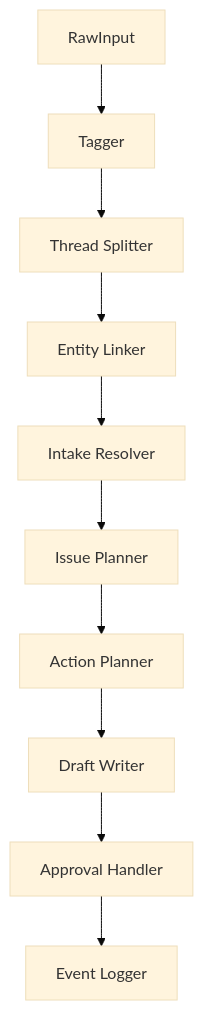
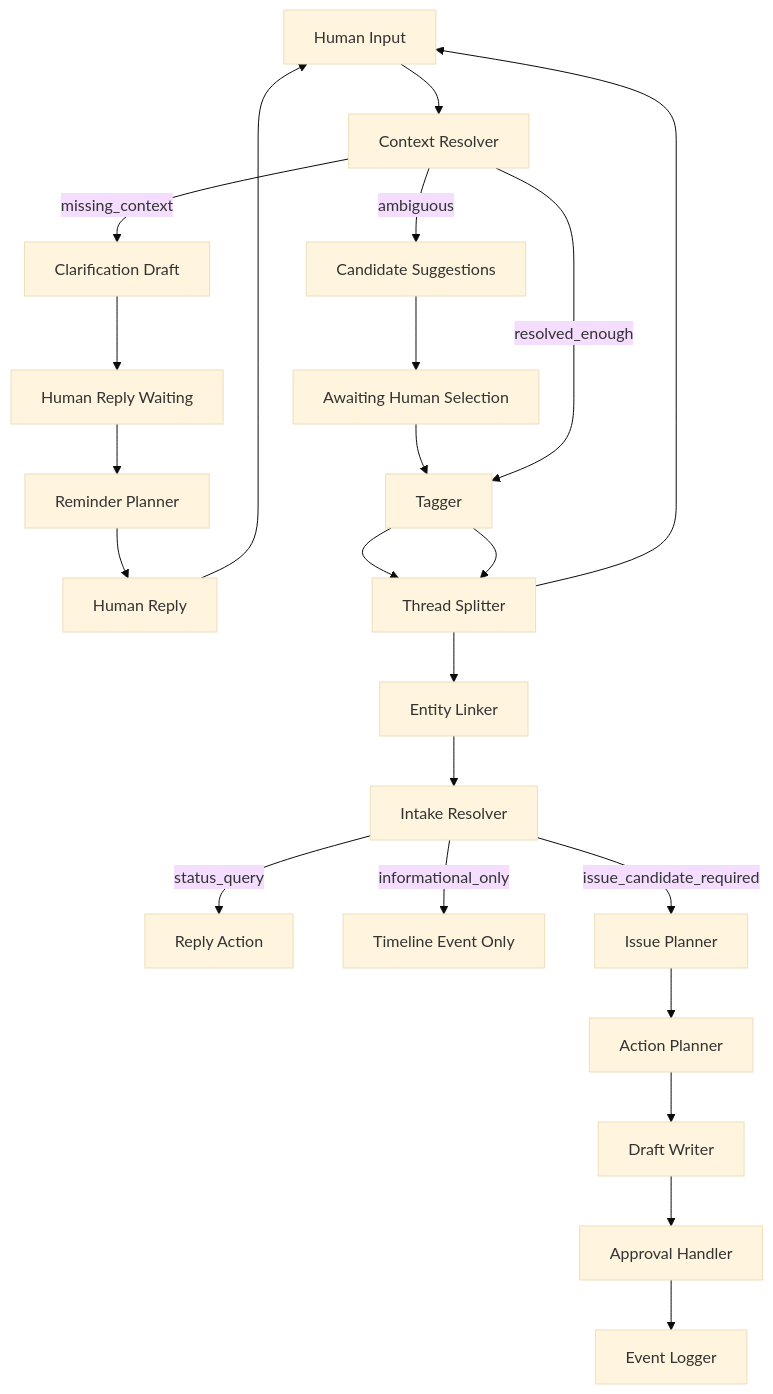
One commit to MakikoOhashi/trade-shelf-agent changed the diagram in docs/agent-processors.md. Above: the diagram before and after it, drawn with Mermaid (base theme). The commit also changed other lines of this file, not shown here.

````diff
--- a/docs/agent-processors.md
+++ b/docs/agent-processors.md
@@ -43,13 +43,41 @@
 ```mermaid
 flowchart TD
 
-A[RawInput] --> B[Tagger]
-B --> C[Thread Splitter]
-C --> D[Entity Linker]
-D --> E[Intake Resolver]
-E --> F[Issue Planner]
-F --> G[Action Planner]
-G --> H[Draft Writer]
-H --> I[Approval Handler]
-I --> J[Event Logger]
+A[Human Input]
+
+A --> B[Context Resolver]
+
+B -->|missing_context| C[Clarification Draft]
+C --> D[Human Reply Waiting]
+D --> E[Reminder Planner]
+E --> F[Human Reply]
+F --> A
+
+B -->|ambiguous| G[Candidate Suggestions]
+G --> H[Awaiting Human Selection]
+H --> I[Reminder Planner]
+I --> J[Human Selection]
+J --> A
+
+B -->|resolved_enough| I[Tagger]
+
+I --> J[Thread Splitter]
+
+J --> K[Entity Linker]
+
+K --> L[Intake Resolver]
+
+L -->|status_query| M[Reply Action]
+
+L -->|informational_only| N[Timeline Event Only]
+
+L -->|issue_candidate_required| O[Issue Planner]
+
+O --> P[Action Planner]
+
+P --> Q[Draft Writer]
+
+Q --> R[Approval Handler]
+
+R --> S[Event Logger]
 ```
````
